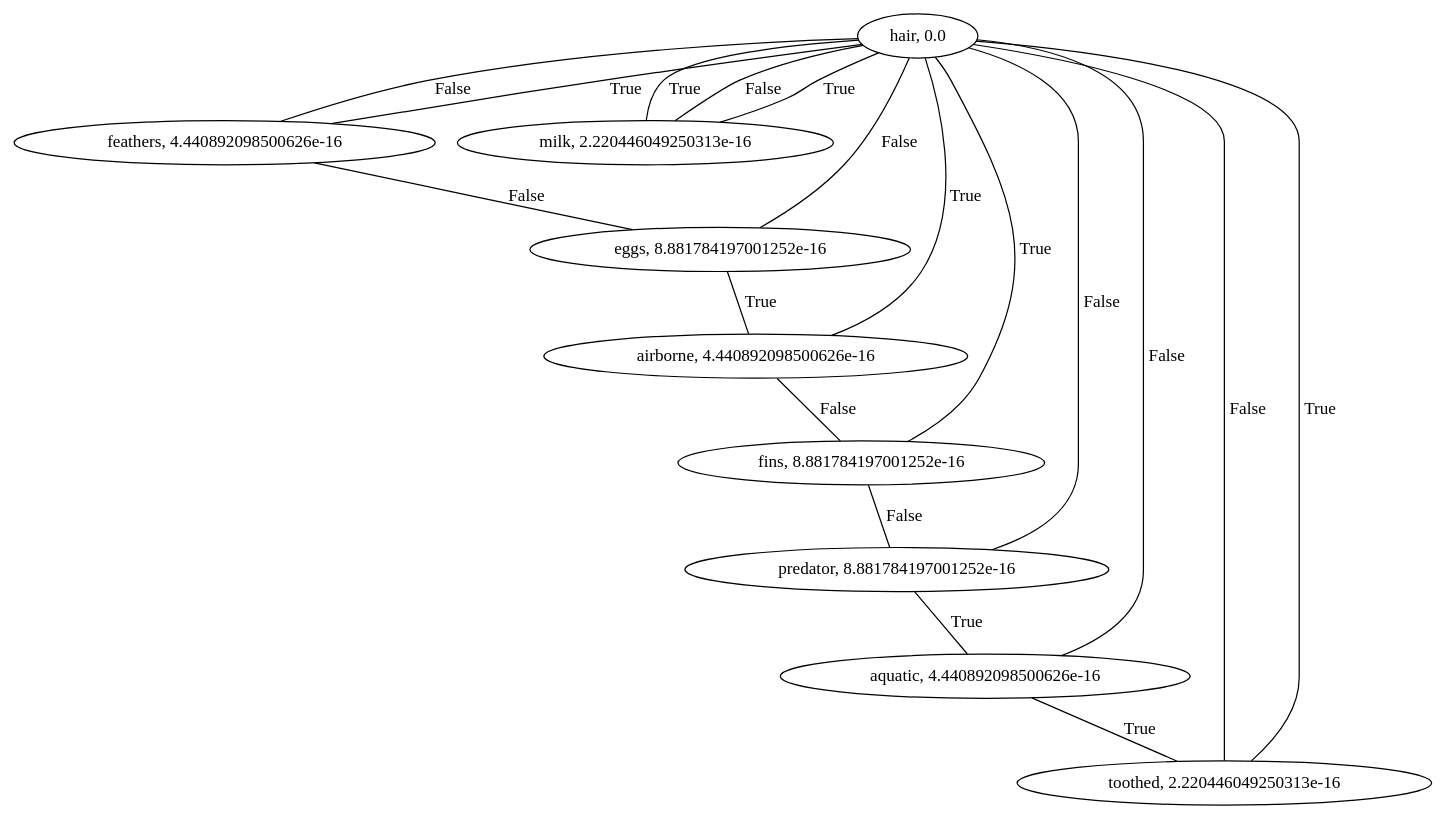
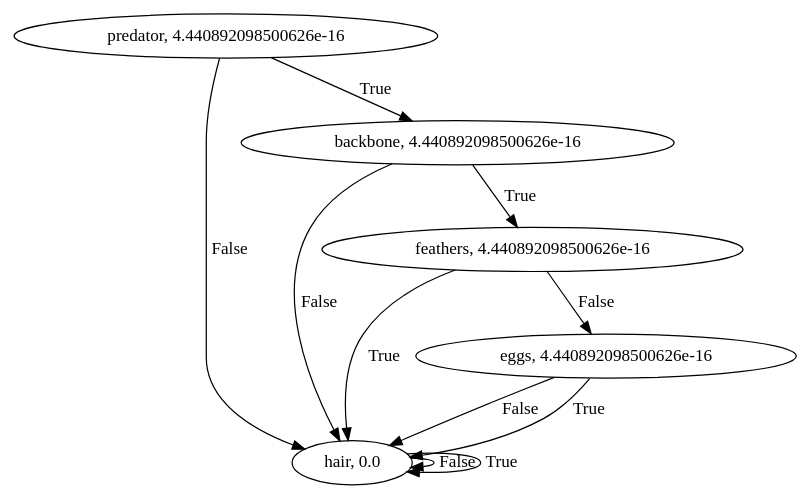
The diagram in machine-learning-1/zad2/Source.gv (m-czarnota/computational-intelligence), drawn with Graphviz before and after one commit. The commit also changed 4 other files, not shown here.

```diff
--- a/machine-learning-1/zad2/Source.gv
+++ b/machine-learning-1/zad2/Source.gv
@@ -1,1 +1,1 @@
-graph G {hair [label="hair, 8.881784197001252e-16"]hair--feathers [label="False"]hair--milk [label="True"]feathers [label="feathers, 4.440892098500626e-16"]feathers--eggs [label="False"]feathers--hair [label="True"]milk [label="milk, 2.220446049250313e-16"]milk--hair [label="False"]milk--hair [label="True"]eggs [label="eggs, 8.881784197001252e-16"]eggs--hair [label="False"]eggs--airborne [label="True"]hair [label="hair, 0.0"]hair [label="hair, 0.0"]hair [label="hair, 0.0"]hair [label="hair, 0.0"]airborne [label="airborne, 4.440892098500626e-16"]airborne--fins [label="False"]airborne--hair [label="True"]fins [label="fins, 8.881784197001252e-16"]fins--predator [label="False"]fins--hair [label="True"]hair [label="hair, 0.0"]predator [label="predator, 8.881784197001252e-16"]predator--hair [label="False"]predator--aquatic [label="True"]hair [label="hair, 0.0"]hair [label="hair, 0.0"]aquatic [label="aquatic, 4.440892098500626e-16"]aquatic--hair [label="False"]aquatic--toothed [label="True"]hair [label="hair, 0.0"]toothed [label="toothed, 2.220446049250313e-16"]toothed--hair [label="False"]toothed--hair [label="True"]hair [label="hair, 0.0"]hair [label="hair, 0.0"]}
+digraph G {predator [label="predator, 4.440892098500626e-16"]predator->hair [label="False"]predator->backbone [label="True"]hair [label="hair, 0.0"]backbone [label="backbone, 4.440892098500626e-16"]backbone->hair [label="False"]backbone->feathers [label="True"]hair [label="hair, 0.0"]feathers [label="feathers, 4.440892098500626e-16"]feathers->eggs [label="False"]feathers->hair [label="True"]eggs [label="eggs, 4.440892098500626e-16"]eggs->hair [label="False"]eggs->hair [label="True"]hair [label="hair, 0.0"]hair [label="hair, 2.220446049250313e-16"]hair->hair [label="False"]hair->hair [label="True"]hair [label="hair, 0.0"]hair [label="hair, 0.0"]hair [label="hair, 0.0"]}
```
